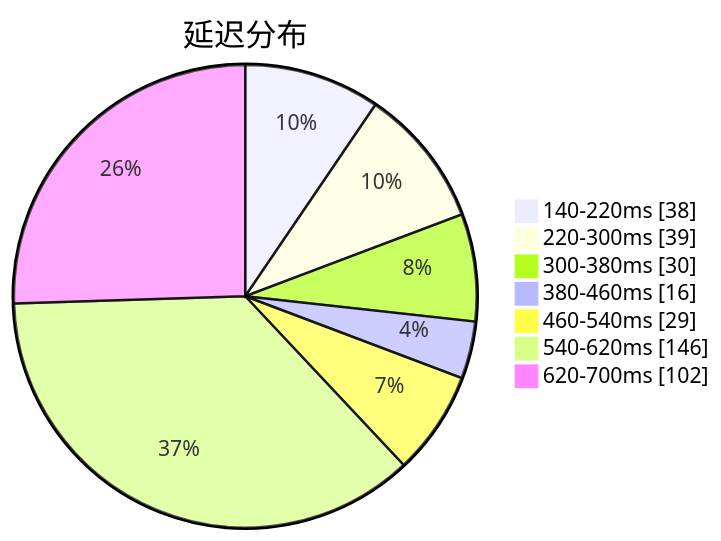
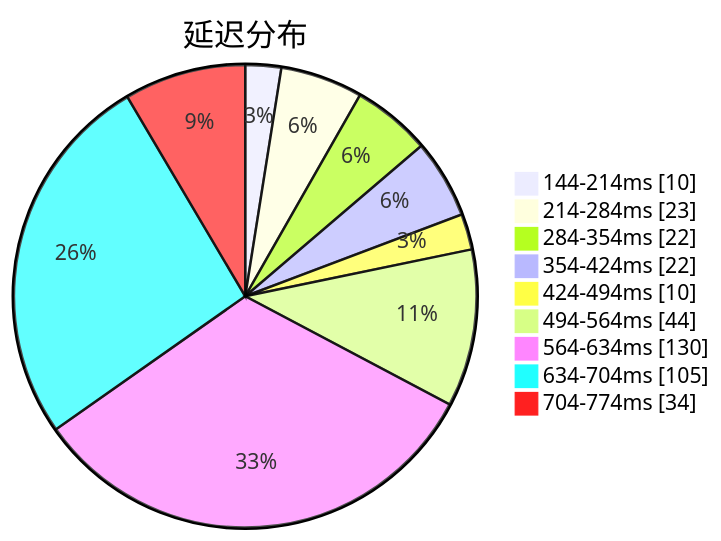
One commit to qjlxg/airport changed the first of 3 diagrams in subs/statistics/tested_within.md. Above: the diagram before and after it, drawn with Mermaid. The commit also changed other lines of this file and 2 other files, not shown here.

Commit message:
Tested by metaST

````diff
--- a/subs/statistics/tested_within.md
+++ b/subs/statistics/tested_within.md
@@ -2,11 +2,13 @@
 ```mermaid
 pie showData
 title 延迟分布
-"140-220ms" : 38
-"220-300ms" : 39
-"300-380ms" : 30
-"380-460ms" : 16
-"460-540ms" : 29
-"540-620ms" : 146
-"620-700ms" : 102
+"144-214ms" : 10
+"214-284ms" : 23
+"284-354ms" : 22
+"354-424ms" : 22
+"424-494ms" : 10
+"494-564ms" : 44
+"564-634ms" : 130
+"634-704ms" : 105
+"704-774ms" : 34
 ```
````
